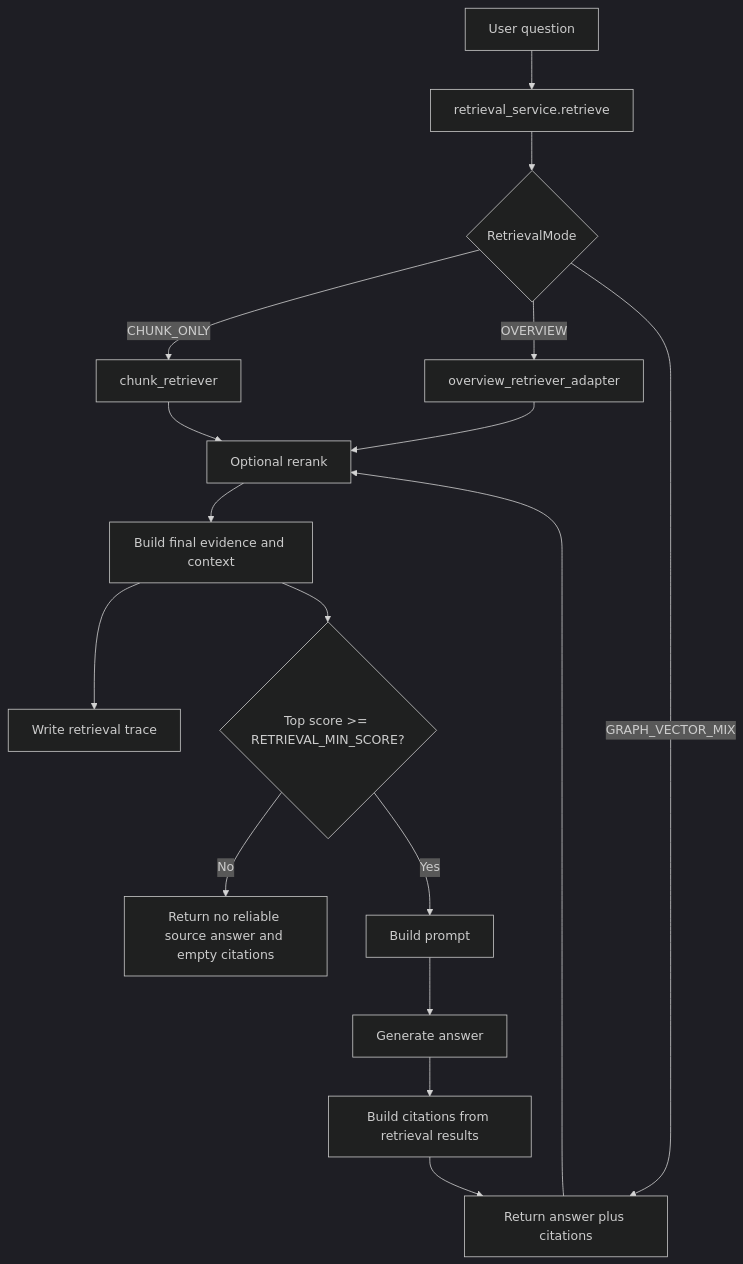
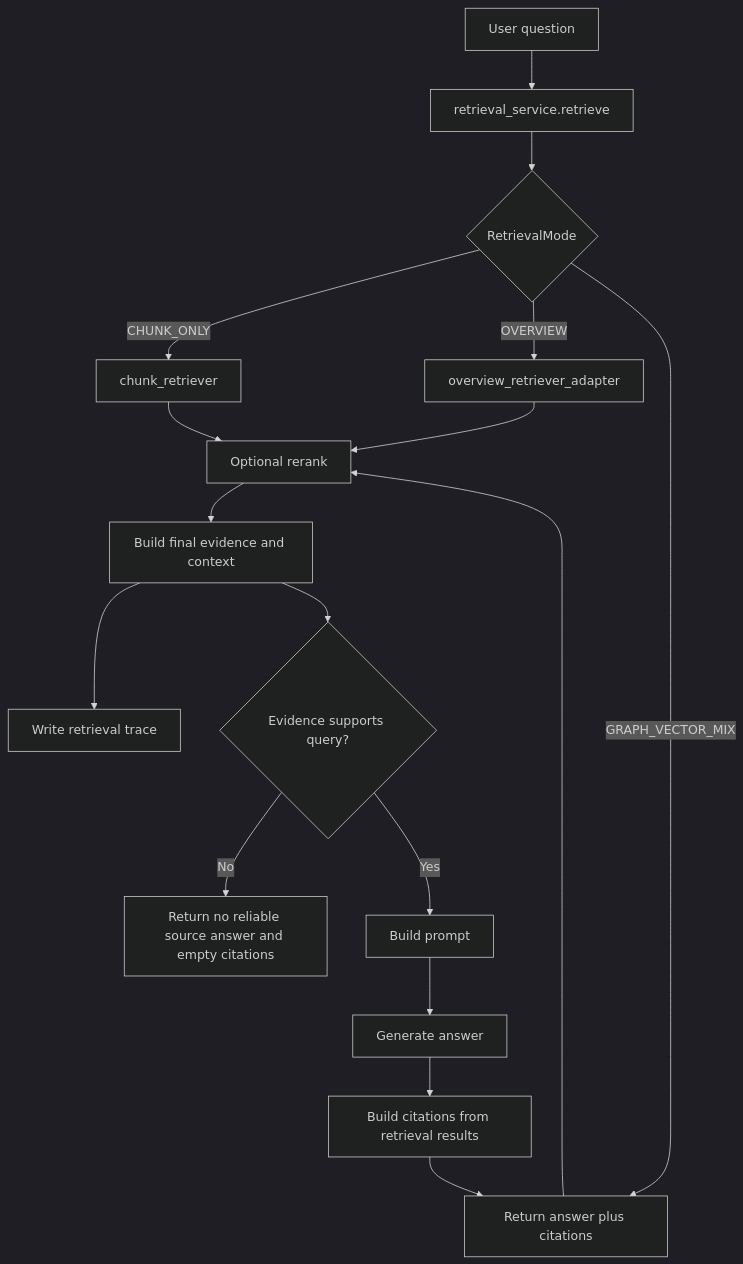
Before and after one commit to pmk915/purelink: the diagram in docs/retrieval-and-citations.md, drawn with Mermaid (dark theme). The commit also changed other lines of this file and 14 other files, not shown here.

````diff
--- a/docs/retrieval-and-citations.md
+++ b/docs/retrieval-and-citations.md
@@ -339,19 +355,19 @@
 ```mermaid
 flowchart TD
   Q[User question] --> A[retrieval_service.retrieve]
   A --> R{RetrievalMode}
   R -->|CHUNK_ONLY| CR[chunk_retriever]
   R -->|OVERVIEW| O[overview_retriever_adapter]
   R -->|GRAPH_VECTOR_MIX| G[graph + vector candidates]
   CR --> RR[Optional rerank]
   O --> RR
   G --> RR
   RR --> EC[Build final evidence and context]
   EC --> T[Write retrieval trace]
-  EC --> B{Top score >= RETRIEVAL_MIN_SCORE?}
+  EC --> B{Evidence supports query?}
   B -->|No| N[Return no reliable source answer and empty citations]
   B -->|Yes| P[Build prompt]
   P --> L[Generate answer]
   L --> F[Build citations from retrieval results]
   F --> G[Return answer plus citations]
 ```
````
